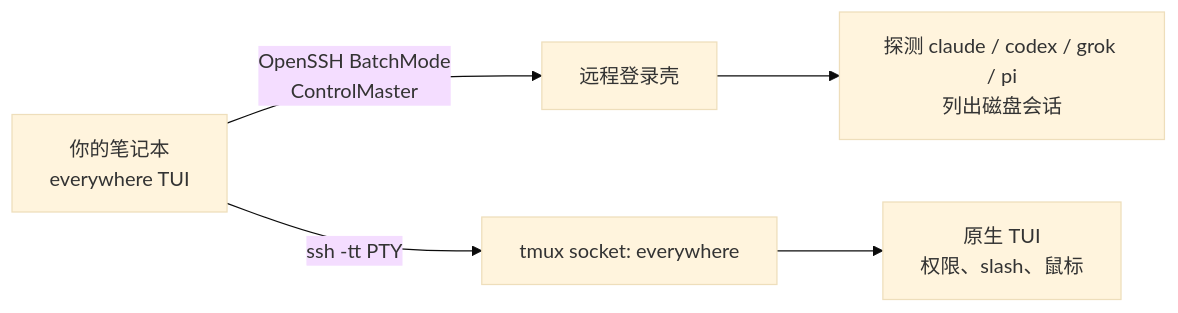
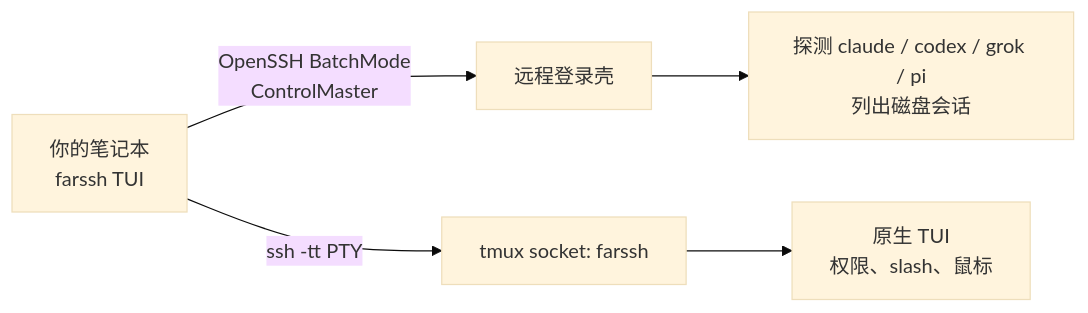
One commit to mahingbun-dev/FarAgent changed the diagram in README.zh-CN.md. Above: the diagram before and after it, drawn with Mermaid (base theme). The commit also changed other lines of this file and 24 other files, not shown here.

First line of the commit message:
Rename the product to FarSSH (CLI farssh).

````diff
--- a/README.zh-CN.md
+++ b/README.zh-CN.md
@@ -45,7 +46,7 @@
 ```mermaid
 flowchart LR
-  You[你的笔记本<br/>everywhere TUI] -->|OpenSSH BatchMode<br/>ControlMaster| Probe[远程登录壳]
+  You[你的笔记本<br/>farssh TUI] -->|OpenSSH BatchMode<br/>ControlMaster| Probe[远程登录壳]
   Probe --> List[探测 claude / codex / grok / pi<br/>列出磁盘会话]
-  You -->|ssh -tt PTY| Tmux[tmux socket: everywhere]
+  You -->|ssh -tt PTY| Tmux[tmux socket: farssh]
   Tmux --> Agent[原生 TUI<br/>权限、slash、鼠标]
 ```
````
